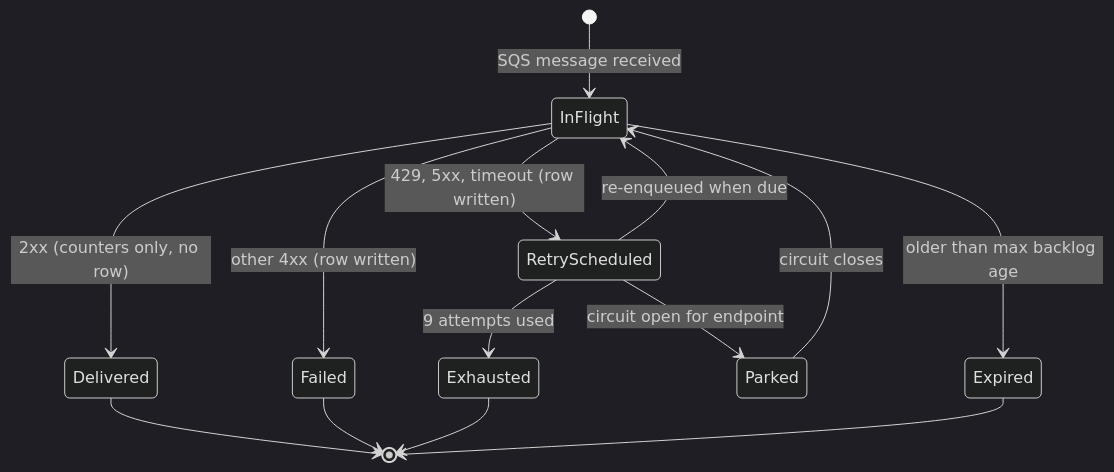
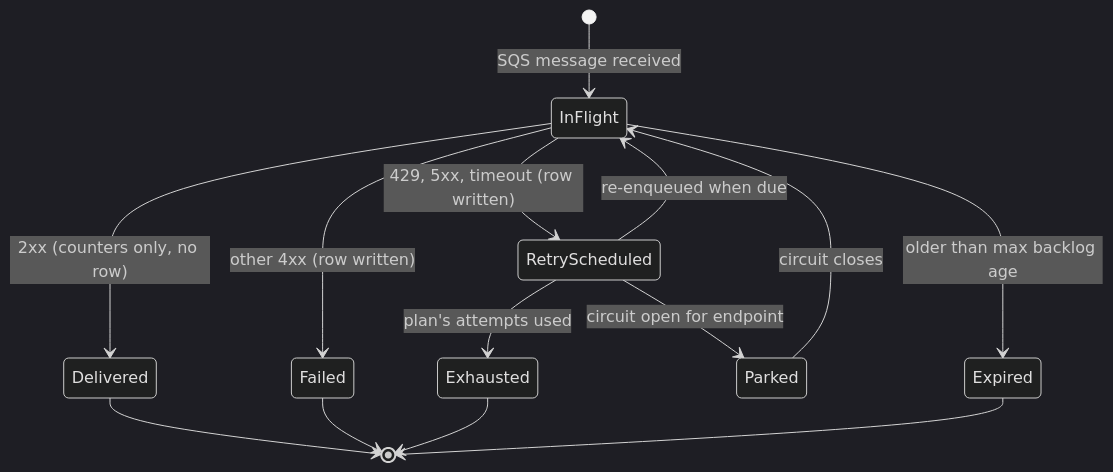
The fourth of 7 diagrams in docs/architecture.md (twobudgies/WebhookGateway), drawn with Mermaid (dark theme) before and after one commit. The commit also changed other lines of this file and 4 other files, not shown here.

Commit message:
feat(dispatcher): retry window by plan - 24h / 3d / 7d (D31)

````diff
--- a/docs/architecture.md
+++ b/docs/architecture.md
@@ -151,16 +151,16 @@
 ```mermaid
 stateDiagram-v2
   [*] --> InFlight: SQS message received
   InFlight --> Delivered: 2xx (counters only, no row)
   InFlight --> RetryScheduled: 429, 5xx, timeout (row written)
   RetryScheduled --> InFlight: re-enqueued when due
   InFlight --> Failed: other 4xx (row written)
-  RetryScheduled --> Exhausted: 9 attempts used
+  RetryScheduled --> Exhausted: plan's attempts used
   RetryScheduled --> Parked: circuit open for endpoint
   Parked --> InFlight: circuit closes
   InFlight --> Expired: older than max backlog age
   Delivered --> [*]
   Failed --> [*]
   Exhausted --> [*]
   Expired --> [*]
 ```
````
